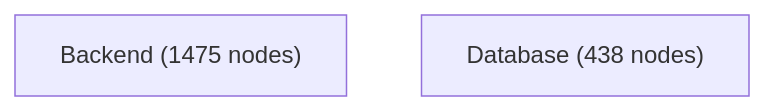
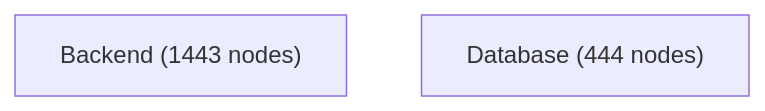
One commit to jankneumann/agentic-coding-tools changed the first of 4 diagrams in docs/architecture-analysis/architecture.report.md. Above: the diagram before and after it, drawn with Mermaid. The commit also changed other lines of this file and 14 other files, not shown here.

Commit message:
chore(architecture): refresh after supervisor stack rebase

````diff
--- a/docs/architecture-analysis/architecture.report.md
+++ b/docs/architecture-analysis/architecture.report.md
@@ -501,5 +502,5 @@
 ```mermaid
 flowchart TB
-    Backend["Backend (1475 nodes)"]
-    Database["Database (438 nodes)"]
+    Backend["Backend (1443 nodes)"]
+    Database["Database (444 nodes)"]
 ```
````
